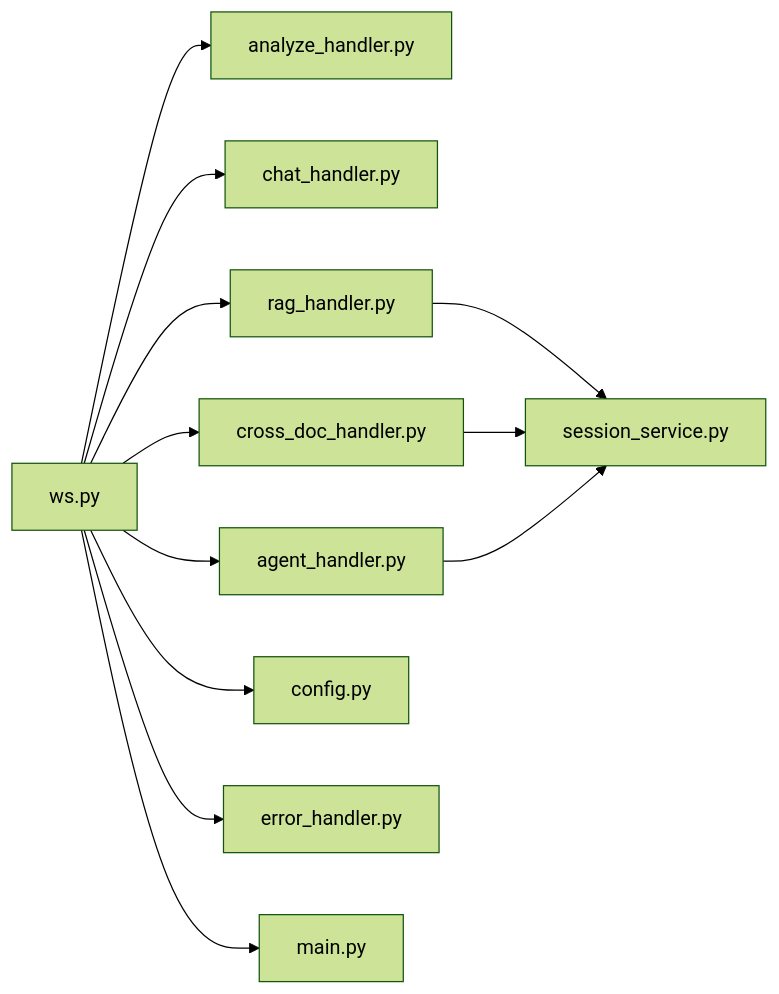
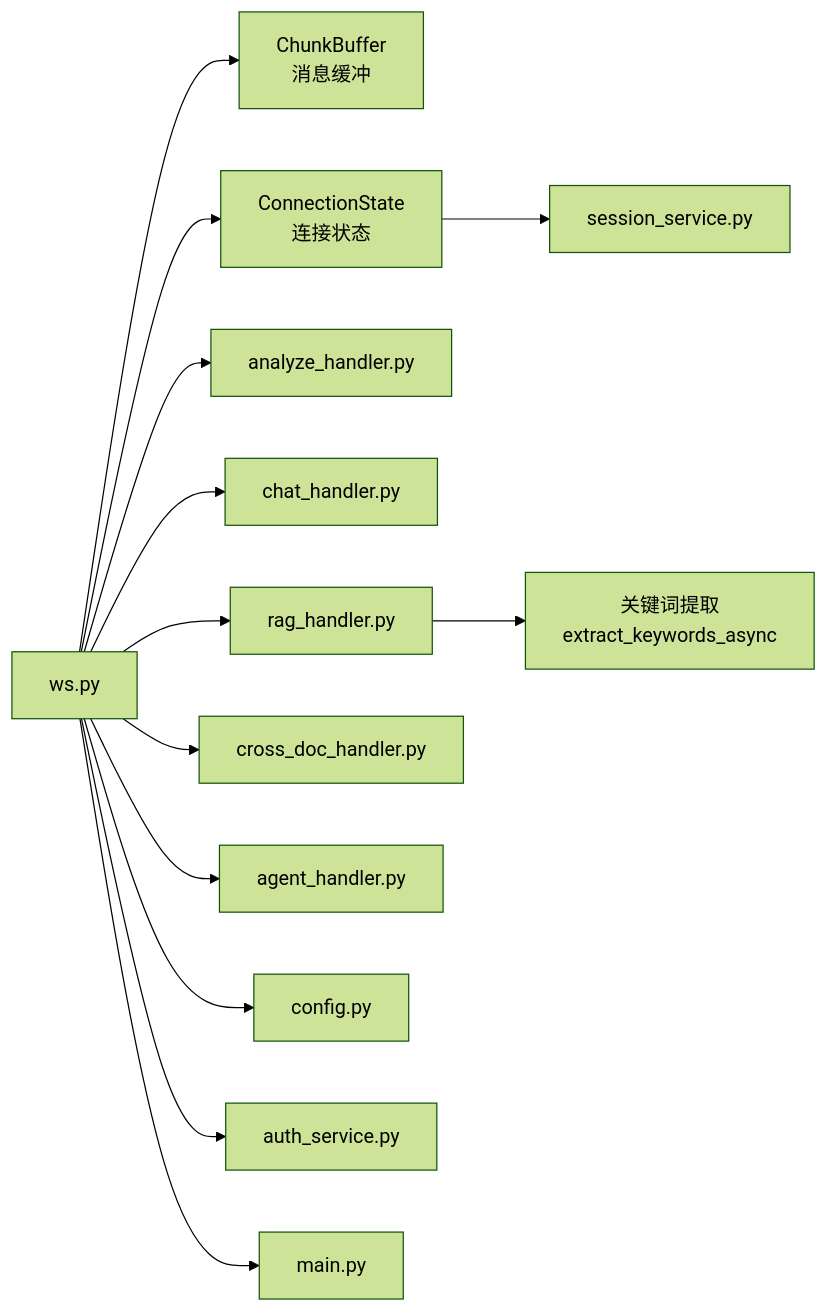
The fourth of 4 diagrams in .qoder/repowiki/zh/content/后端系统/API 路由系统/WebSocket 路由.md (laohanhahaha/PaperChat), drawn with Mermaid (forest theme) before and after one commit. The commit also changed other lines of this file and 8 other files, not shown here.

````diff
--- a/.qoder/repowiki/zh/content/后端系统/API 路由系统/WebSocket 路由.md
+++ b/.qoder/repowiki/zh/content/后端系统/API 路由系统/WebSocket 路由.md
@@ -253,14 +297,15 @@
 ```mermaid
 graph LR
-WS["ws.py"] --> AH["analyze_handler.py"]
+WS["ws.py"] --> BUF["ChunkBuffer<br/>消息缓冲"]
+WS --> CS["ConnectionState<br/>连接状态"]
+WS --> AH["analyze_handler.py"]
 WS --> CH["chat_handler.py"]
 WS --> RH["rag_handler.py"]
 WS --> CDH["cross_doc_handler.py"]
 WS --> AGH["agent_handler.py"]
-RH --> SS["session_service.py"]
-CDH --> SS
-AGH --> SS
+RH --> KW["关键词提取<br/>extract_keywords_async"]
+CS --> SS["session_service.py"]
 WS --> CFG["config.py"]
-WS --> EH["error_handler.py"]
+WS --> AS["auth_service.py"]
 WS --> MAIN["main.py"]
 ```
````
